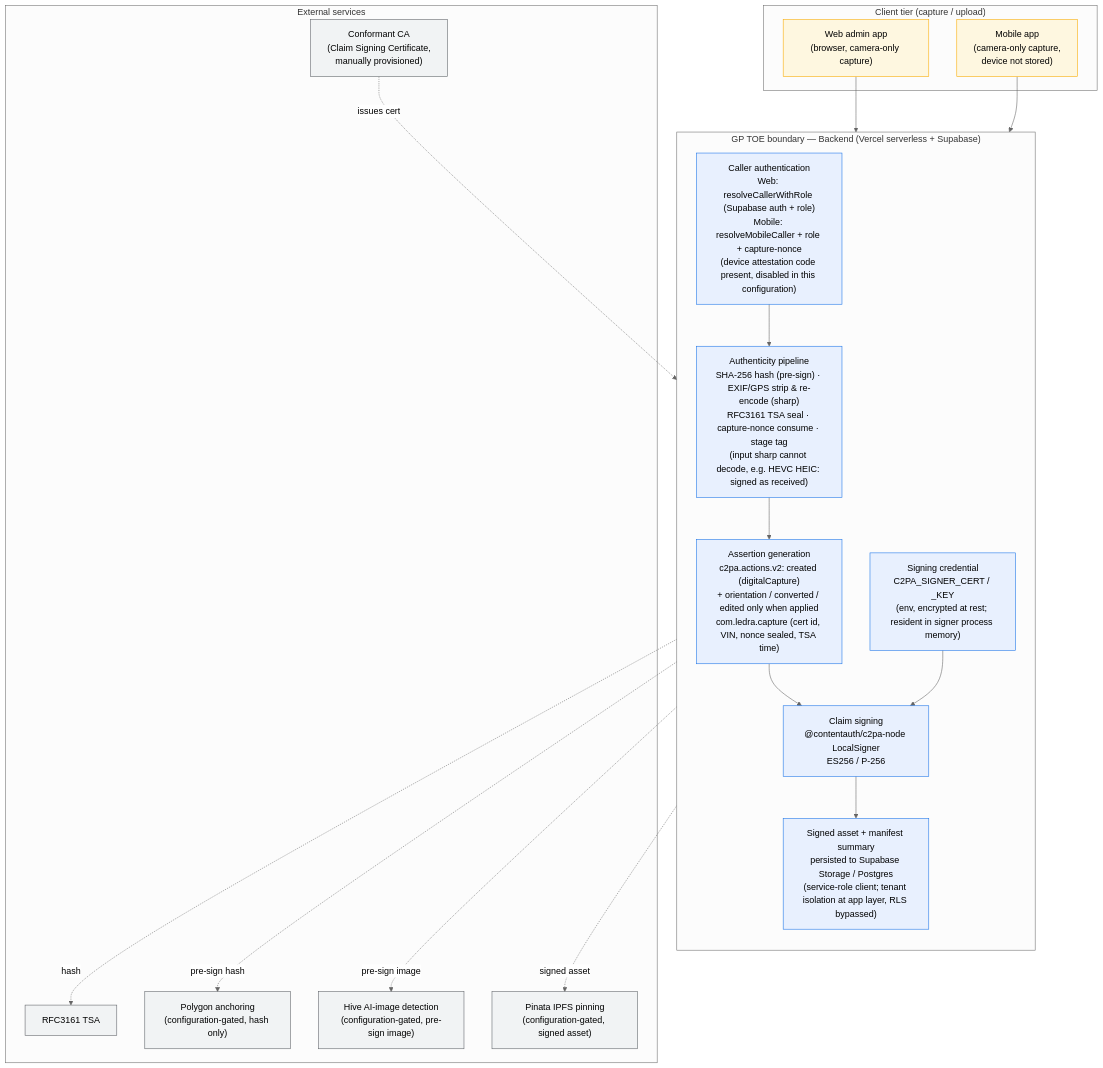
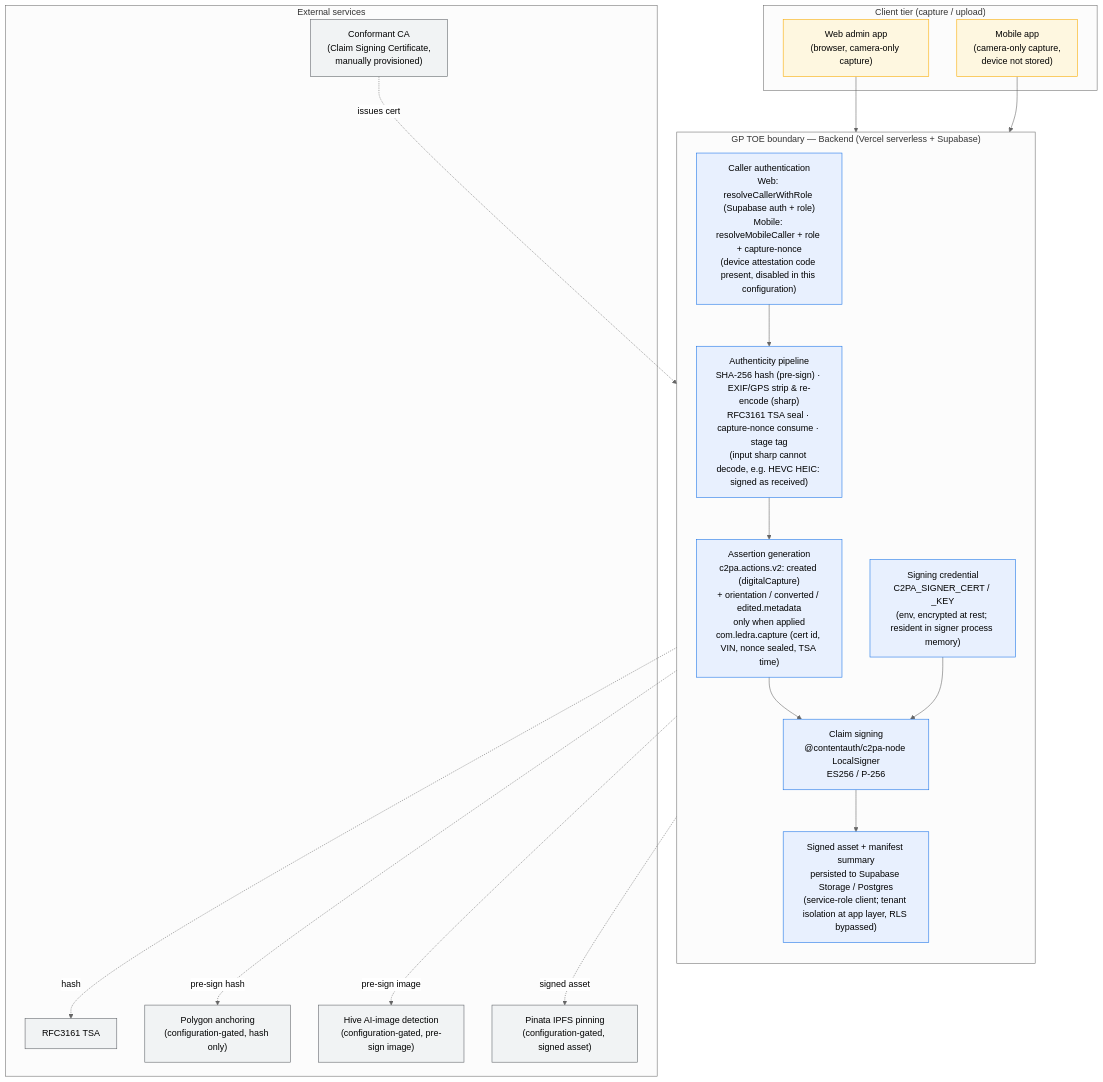
One commit to holy-auto/Ledra changed the diagram in docs/diagrams/c2pa-gp-toe.mmd. Above: the diagram before and after it, drawn with Mermaid (neutral theme). The commit also changed 12 other files, not shown here.

First line of the commit message:
fix(c2pa): EXIF/GPS 除去の行為を c2pa.edited から c2pa.edited.metadata に変更

```diff
--- a/docs/diagrams/c2pa-gp-toe.mmd
+++ b/docs/diagrams/c2pa-gp-toe.mmd
@@ -1,44 +1,44 @@
 %% Ledra Generator Product — Target of Evaluation (TOE), Backend class, Assurance Level 1
 %% TOE boundary: from asset capture/upload through claim signing to persistence of the signed asset.
 flowchart TB
     subgraph CLIENT["Client tier (capture / upload)"]
         WEB["Web admin app<br/>(browser, camera-only capture)"]
         MOB["Mobile app<br/>(camera-only capture,<br/>device not stored)"]
     end
 
     subgraph TOE["GP TOE boundary — Backend (Vercel serverless + Supabase)"]
         direction TB
         AUTH["Caller authentication<br/>Web: resolveCallerWithRole (Supabase auth + role)<br/>Mobile: resolveMobileCaller + role + capture-nonce<br/>(device attestation code present, disabled in this configuration)"]
         PIPE["Authenticity pipeline<br/>SHA-256 hash (pre-sign) · EXIF/GPS strip &amp; re-encode (sharp)<br/>RFC3161 TSA seal · capture-nonce consume · stage tag<br/>(input sharp cannot decode, e.g. HEVC HEIC: signed as received)"]
-        ASSERT["Assertion generation<br/>c2pa.actions.v2: created (digitalCapture)<br/>+ orientation / converted / edited only when applied<br/>com.ledra.capture (cert id, VIN, nonce sealed, TSA time)"]
+        ASSERT["Assertion generation<br/>c2pa.actions.v2: created (digitalCapture)<br/>+ orientation / converted / edited.metadata<br/>only when applied<br/>com.ledra.capture (cert id, VIN, nonce sealed, TSA time)"]
         SIGN["Claim signing<br/>@contentauth/c2pa-node LocalSigner<br/>ES256 / P-256"]
         KEY["Signing credential<br/>C2PA_SIGNER_CERT / _KEY<br/>(env, encrypted at rest; resident in signer process memory)"]
         STORE["Signed asset + manifest summary<br/>persisted to Supabase Storage / Postgres<br/>(service-role client; tenant isolation at app layer, RLS bypassed)"]
     end
 
     subgraph EXT["External services"]
         CA["Conformant CA<br/>(Claim Signing Certificate,<br/>manually provisioned)"]
         TSA["RFC3161 TSA"]
         CHAIN["Polygon anchoring<br/>(configuration-gated, hash only)"]
         HIVE["Hive AI-image detection<br/>(configuration-gated, pre-sign image)"]
         IPFS["Pinata IPFS pinning<br/>(configuration-gated, signed asset)"]
     end
 
     WEB --> AUTH
     MOB --> AUTH
     AUTH --> PIPE --> ASSERT --> SIGN --> STORE
     KEY --> SIGN
     CA -. issues cert .-> KEY
     PIPE -. hash .-> TSA
     %% Polygon anchors the PRE-SIGN pipeline hash (SHA-256 of the stripped buffer),
     %% not the stored signed bytes — embedding the manifest changes the bytes.
     PIPE -. pre-sign hash .-> CHAIN
     PIPE -. pre-sign image .-> HIVE
     SIGN -. signed asset .-> IPFS
 
     classDef toe fill:#e8f0fe,stroke:#1a73e8,stroke-width:1px;
     classDef ext fill:#f1f3f4,stroke:#5f6368,stroke-width:1px;
     classDef cli fill:#fef7e0,stroke:#f9ab00,stroke-width:1px;
     class AUTH,PIPE,ASSERT,SIGN,KEY,STORE toe;
     class CA,TSA,CHAIN,HIVE,IPFS ext;
     class WEB,MOB cli;
```
